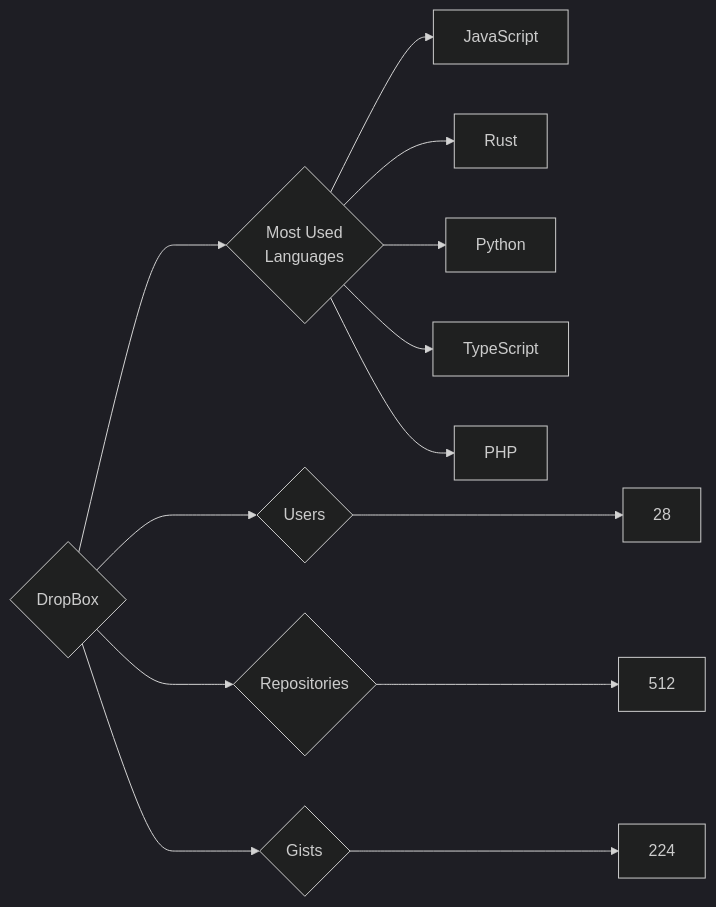
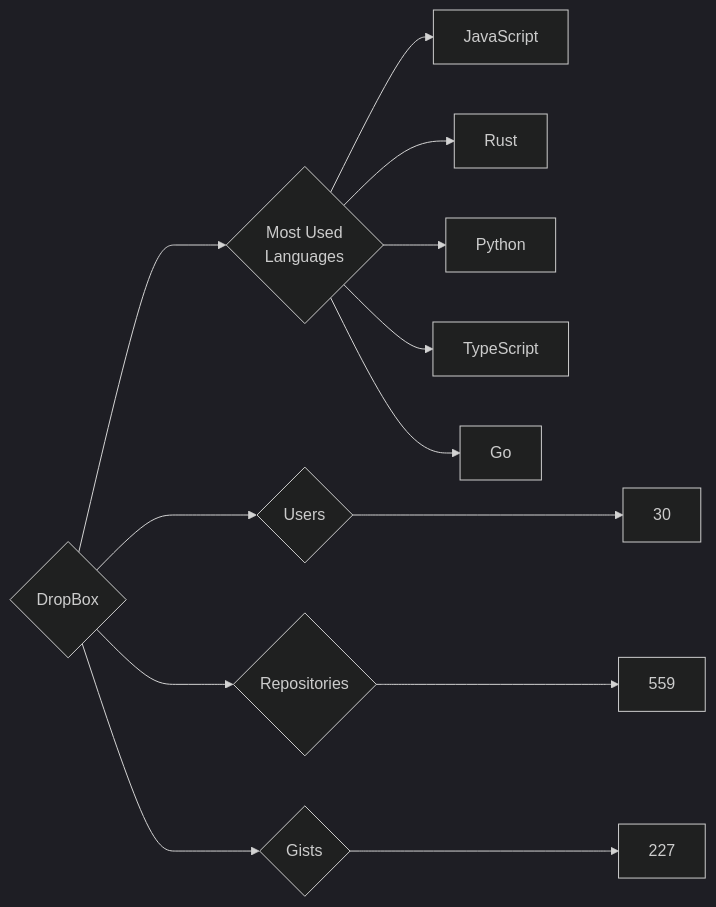
The diagram in targets/DropBox/README.md (trickest/insiders), drawn with Mermaid (dark theme) before and after one commit. The commit also changed 611 other files, not shown here.

````diff
--- a/targets/DropBox/README.md
+++ b/targets/DropBox/README.md
@@ -3,13 +3,13 @@
 ```mermaid
 graph LR
 COMPANY_NAME{DropBox}
-COMPANY_NAME ---> U{Users} ---> UN[28]
-COMPANY_NAME ---> R{Repositories} ---> RN[512]
-COMPANY_NAME ---> G{Gists} ---> GN[224]
+COMPANY_NAME ---> U{Users} ---> UN[30]
+COMPANY_NAME ---> R{Repositories} ---> RN[559]
+COMPANY_NAME ---> G{Gists} ---> GN[227]
 COMPANY_NAME ---> ML{Most Used<br>Languages}
 ML --> JavaScript[JavaScript]
 ML --> Rust[Rust]
 ML --> Python[Python]
 ML --> TypeScript[TypeScript]
-ML --> PHP[PHP]
+ML --> Go[Go]
 ```
````
